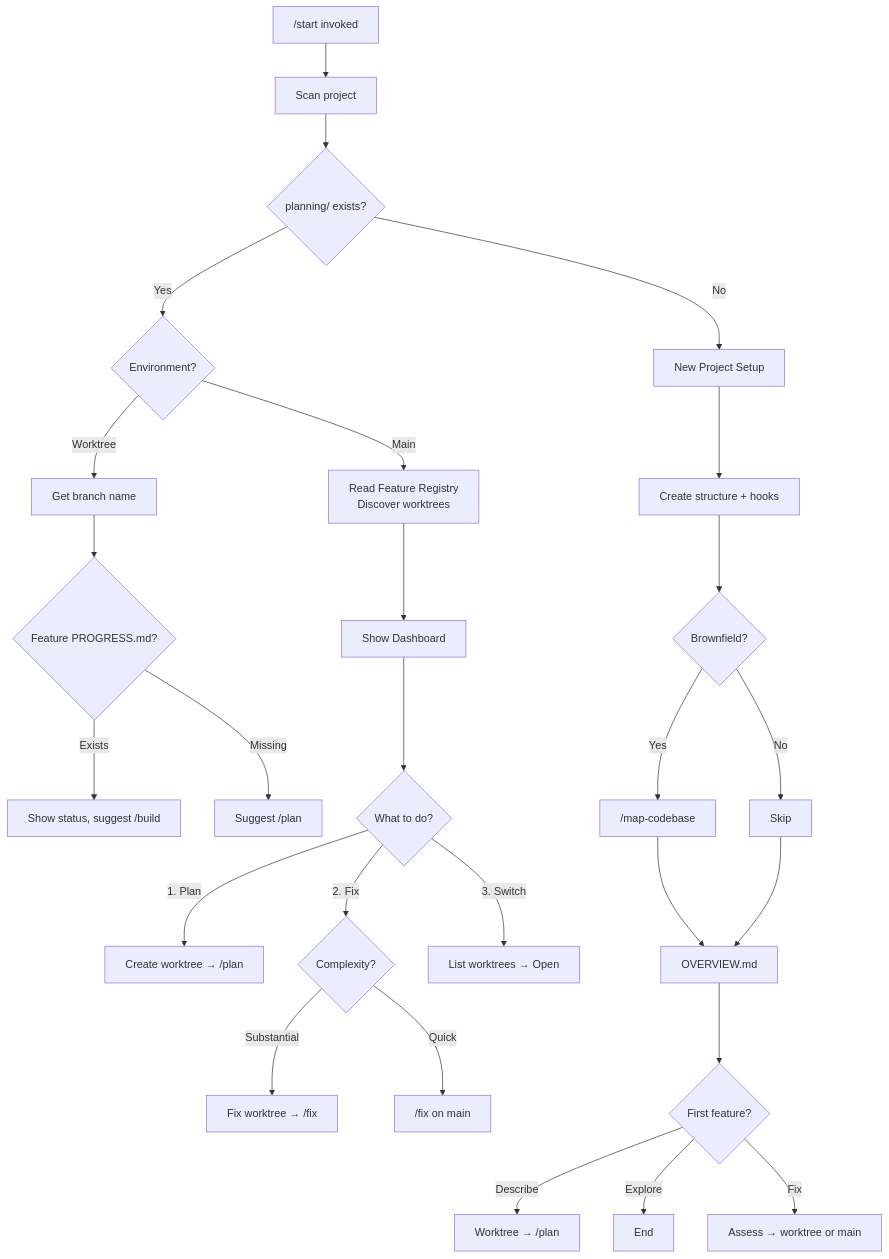
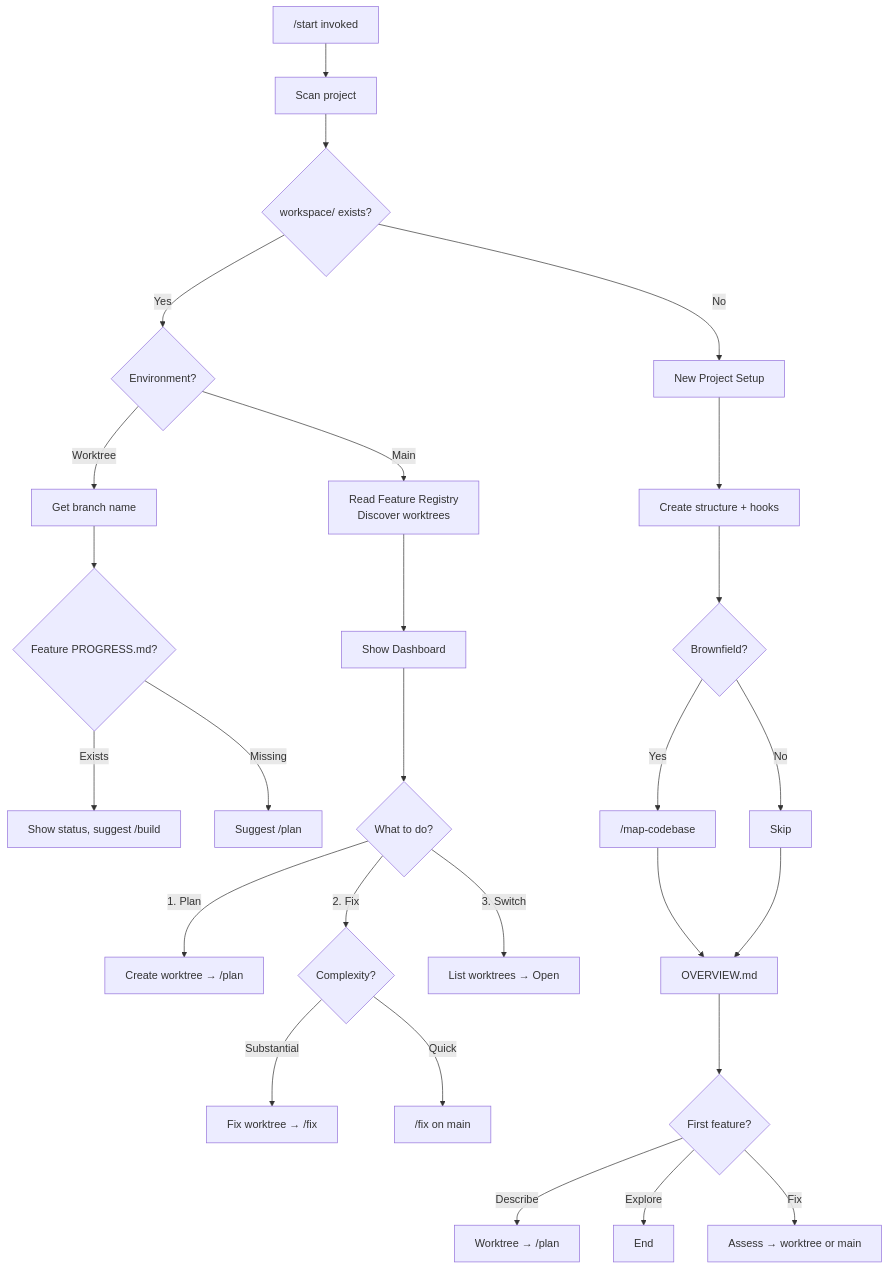
Before and after one commit to royhenengel/Claude-Customizations: the first of 4 diagrams in skills/Planning/my-workflow/docs/workflow-scenario-maps.md, drawn with Mermaid. The commit also changed other lines of this file and 297 other files, not shown here.

First line of the commit message:
refactor: restructure planning/ to workspace/, specs/ to features/, consolidate docs/ and archive/

````diff
--- a/skills/Planning/my-workflow/docs/workflow-scenario-maps.md
+++ b/skills/Planning/my-workflow/docs/workflow-scenario-maps.md
@@ -45,36 +45,36 @@
 ```mermaid
 flowchart TD
     START["/start invoked"] --> SCAN["Scan project"]
-    SCAN --> EXISTS{"planning/ exists?"}
+    SCAN --> EXISTS{"workspace/ exists?"}
 
     EXISTS -->|"No"| NEW["New Project Setup"]
     EXISTS -->|"Yes"| ENV{"Environment?"}
 
     ENV -->|"Worktree"| WT_BRANCH["Get branch name"]
     ENV -->|"Main"| MAIN_READ["Read Feature Registry\nDiscover worktrees"]
 
     WT_BRANCH --> WT_STATE{"Feature PROGRESS.md?"}
     WT_STATE -->|"Exists"| WT_RESUME["Show status, suggest /build"]
     WT_STATE -->|"Missing"| WT_NEW["Suggest /plan"]
 
     MAIN_READ --> MAIN_DASH["Show Dashboard"]
     MAIN_DASH --> MAIN_CHOICE{"What to do?"}
 
     MAIN_CHOICE -->|"1. Plan"| PLAN_WT["Create worktree → /plan"]
     MAIN_CHOICE -->|"2. Fix"| FIX_ASSESS{"Complexity?"}
     MAIN_CHOICE -->|"3. Switch"| SWITCH["List worktrees → Open"]
 
     FIX_ASSESS -->|"Substantial"| FIX_WT["Fix worktree → /fix"]
     FIX_ASSESS -->|"Quick"| FIX_MAIN["/fix on main"]
 
     NEW --> DIRS["Create structure + hooks"]
     DIRS --> BROWN{"Brownfield?"}
     BROWN -->|"Yes"| CODEBASE["/map-codebase"]
     BROWN -->|"No"| SKIP["Skip"]
     CODEBASE --> OVERVIEW["OVERVIEW.md"]
     SKIP --> OVERVIEW
     OVERVIEW --> FIRST{"First feature?"}
     FIRST -->|"Describe"| FIRST_WT["Worktree → /plan"]
     FIRST -->|"Explore"| END["End"]
     FIRST -->|"Fix"| FIRST_FIX["Assess → worktree or main"]
 ```
````
